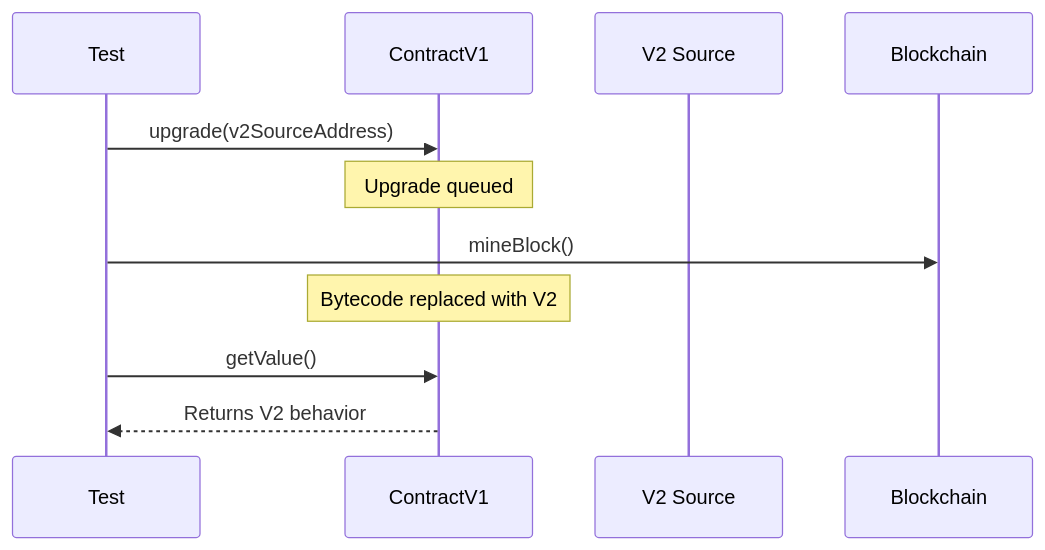
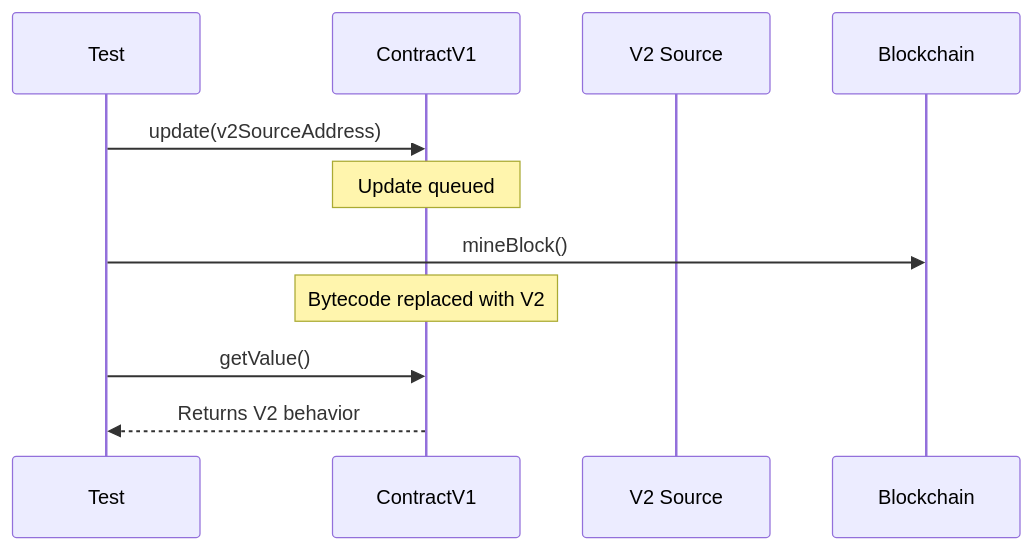
The diagram in docs/advanced/updatable-contracts.md (btc-vision/unit-test-framework), drawn with Mermaid before and after one commit. The commit also changed other lines of this file and 15 other files, not shown here.

````diff
--- a/docs/advanced/updatable-contracts.md
+++ b/docs/advanced/updatable-contracts.md
@@ -9,14 +9,14 @@
 ```mermaid
 sequenceDiagram
     participant Test as Test
     participant V1 as ContractV1
     participant V2Source as V2 Source
     participant BC as Blockchain
 
-    Test->>V1: upgrade(v2SourceAddress)
-    Note over V1: Upgrade queued
+    Test->>V1: update(v2SourceAddress)
+    Note over V1: Update queued
     Test->>BC: mineBlock()
     Note over V1: Bytecode replaced with V2
     Test->>V1: getValue()
     V1-->>Test: Returns V2 behavior
 ```
````
